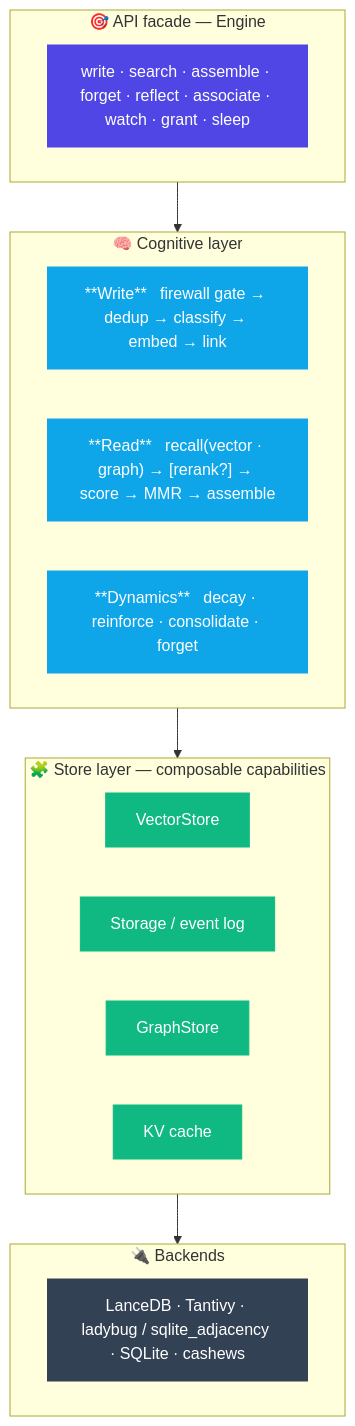
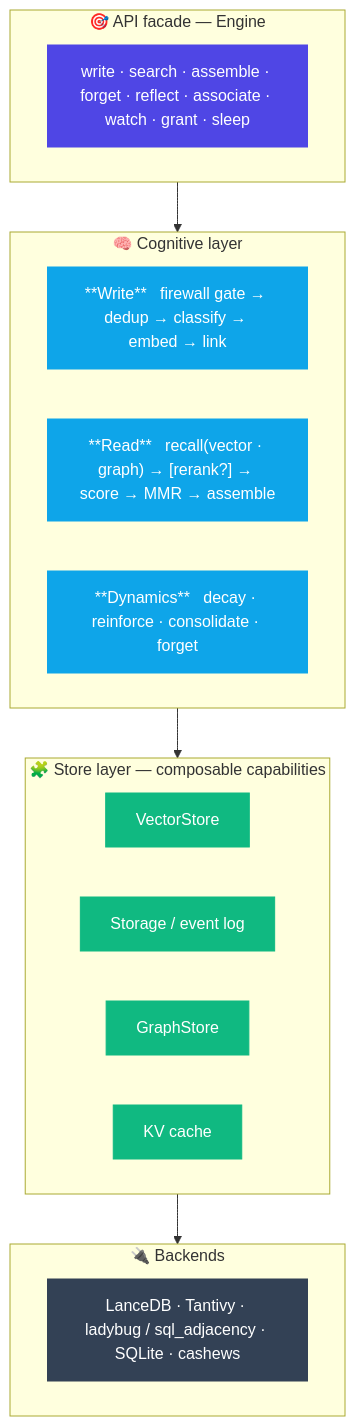
One commit to techiewonk/memspine changed the first of 2 diagrams in README.md. Above: the diagram before and after it, drawn with Mermaid. The commit also changed other lines of this file and 76 other files, not shown here.

First line of the commit message:
RM-111: SQL-independent records port + conformance suite, sqlite_adjacency -> sql_adjacency (SQLite and Postgres, no alias), graph auto pinned in the projector binding

````diff
--- a/README.md
+++ b/README.md
@@ -389,30 +389,30 @@
 ```mermaid
 flowchart TB
     subgraph API["🎯 API facade — Engine"]
         A["write · search · assemble · forget · reflect · associate · watch · grant · sleep"]
     end
     subgraph COG["🧠 Cognitive layer"]
         W["**Write** &nbsp; firewall gate → dedup → classify → embed → link"]
         R["**Read** &nbsp; recall(vector · graph) → [rerank?] → score → MMR → assemble"]
         D["**Dynamics** &nbsp; decay · reinforce · consolidate · forget"]
     end
     subgraph STORE["🧩 Store layer — composable capabilities"]
         V["VectorStore"]
         DOC["Storage / event log"]
         G["GraphStore"]
         KV["KV cache"]
     end
     subgraph BK["🔌 Backends"]
-        B["LanceDB · Tantivy · ladybug / sqlite_adjacency · SQLite · cashews"]
+        B["LanceDB · Tantivy · ladybug / sql_adjacency · SQLite · cashews"]
     end
     API --> COG --> STORE --> BK
 
     classDef api fill:#4f46e5,stroke:#4f46e5,color:#fff;
     classDef cog fill:#0ea5e9,stroke:#0ea5e9,color:#fff;
     classDef store fill:#10b981,stroke:#10b981,color:#fff;
     classDef bk fill:#334155,stroke:#334155,color:#fff;
     class A api;
     class W,R,D cog;
     class V,DOC,G,KV store;
     class B bk;
 ```
````
